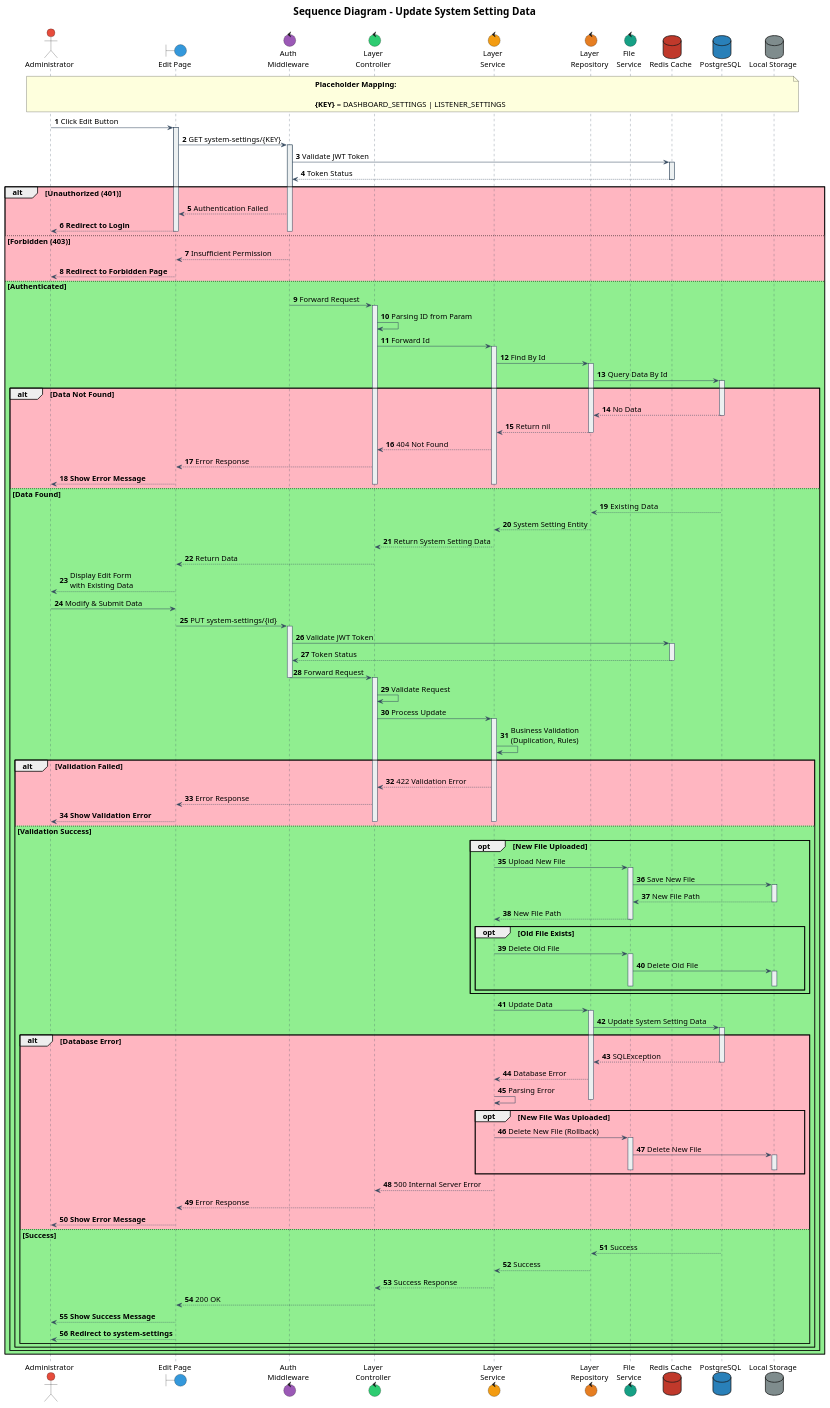
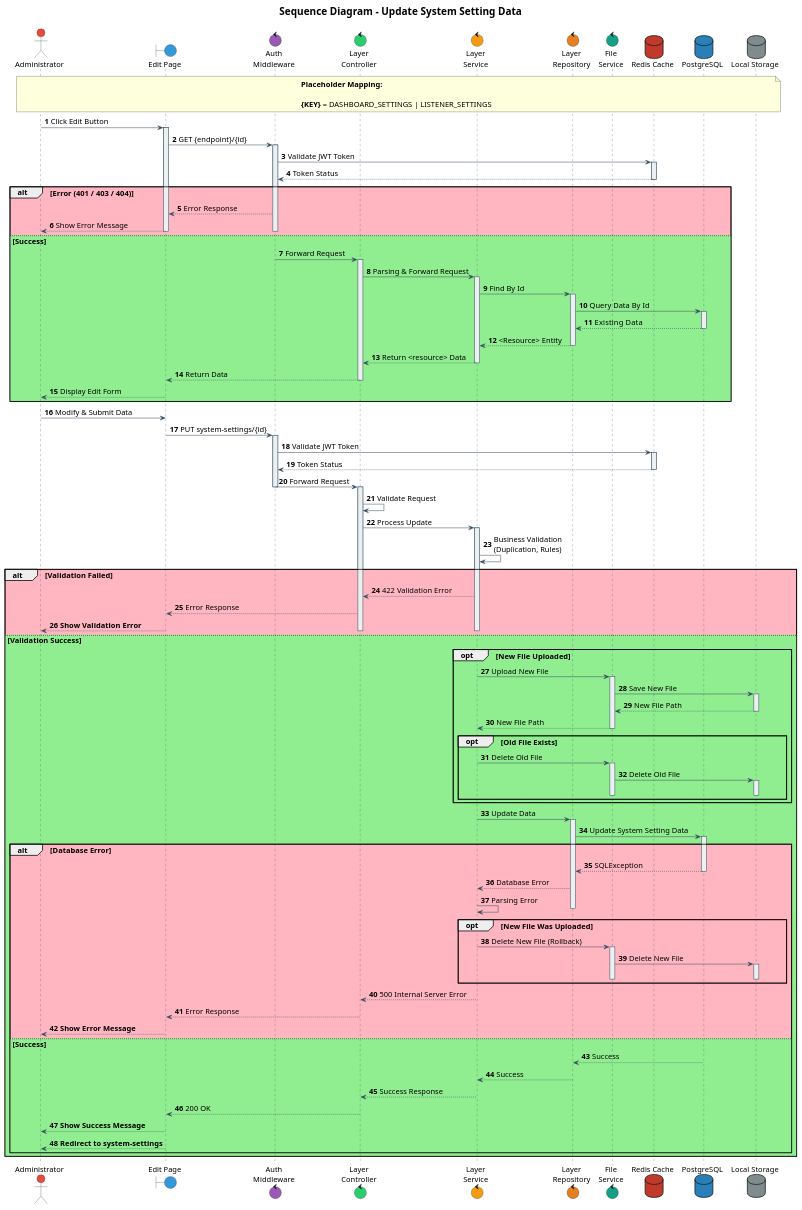
Before and after one commit to IntConnect/go-intconnect-api: the diagram in documentation/sequence/document/system-setting/edit.puml, drawn with PlantUML. The commit also changed 7 other files, not shown here.

```diff
--- a/documentation/sequence/document/system-setting/edit.puml
+++ b/documentation/sequence/document/system-setting/edit.puml
@@ -53,7 +53,7 @@
 admin -> boundEdit: Click Edit Button
 activate boundEdit
 
-boundEdit -> authMiddleware: GET system-settings/{KEY}
+boundEdit -> authMiddleware: GET {endpoint}/{id}
 activate authMiddleware
 
 authMiddleware -> dbRedis: Validate JWT Token
@@ -61,26 +61,20 @@
 dbRedis --> authMiddleware: Token Status
 deactivate dbRedis
 
-alt #LightPink Unauthorized (401)
-    authMiddleware --> boundEdit: Authentication Failed
-    boundEdit --> admin: **Redirect to Login**
+alt #LightPink Error (401 / 403 / 404)
+    authMiddleware --> boundEdit: Error Response
+    boundEdit --> admin: Show Error Message
     deactivate authMiddleware
     deactivate boundEdit
 
-else #LightPink Forbidden (403)
-    authMiddleware --> boundEdit: Insufficient Permission
-    boundEdit --> admin: **Redirect to Forbidden Page**
-    deactivate authMiddleware
-    deactivate boundEdit
 
-else #LightGreen Authenticated
+else #LightGreen Success
 
     authMiddleware -> controller: Forward Request
     deactivate authMiddleware
     activate controller
 
-    controller -> controller: Parsing ID from Param
-    controller -> service: Forward Id
+    controller -> service: Parsing & Forward Request
     activate service
 
     service -> repository: Find By Id
@@ -89,33 +83,20 @@
     repository -> dbPsql: Query Data By Id
     activate dbPsql
 
-    alt #LightPink Data Not Found
-        dbPsql --> repository: No Data
-        deactivate dbPsql
-        repository --> service: Return nil
-        deactivate repository
-        service --> controller: 404 Not Found
-        controller --> boundEdit: Error Response
-        boundEdit --> admin: **Show Error Message**
-        deactivate service
-        deactivate controller
-        deactivate boundEdit
-
-    else #LightGreen Data Found
         dbPsql --> repository: Existing  Data
         deactivate dbPsql
 
-        repository --> service: System Setting Entity
+        repository --> service: <Resource> Entity
         deactivate repository
 
-        service --> controller: Return System Setting Data
+        service --> controller: Return <resource> Data
         deactivate service
 
         controller --> boundEdit: Return Data
         deactivate controller
 
-        boundEdit --> admin: Display Edit Form\nwith Existing Data
-
+        boundEdit --> admin: Display Edit Form
+ end
         ' === UPDATE PROCESS ===
         admin -> boundEdit: Modify & Submit Data
 
@@ -220,7 +201,5 @@
                 deactivate boundEdit
             end
         end
-    end
-end
 
 @enduml
```
